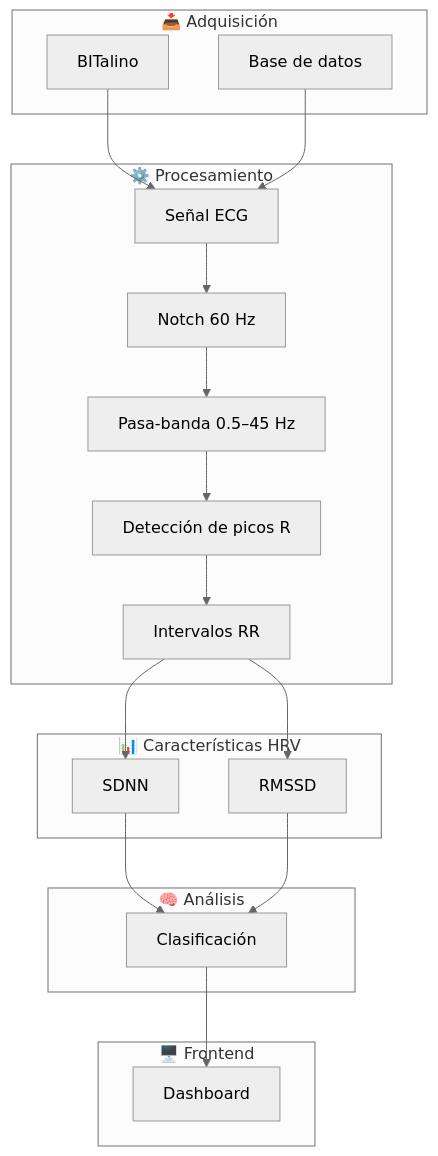
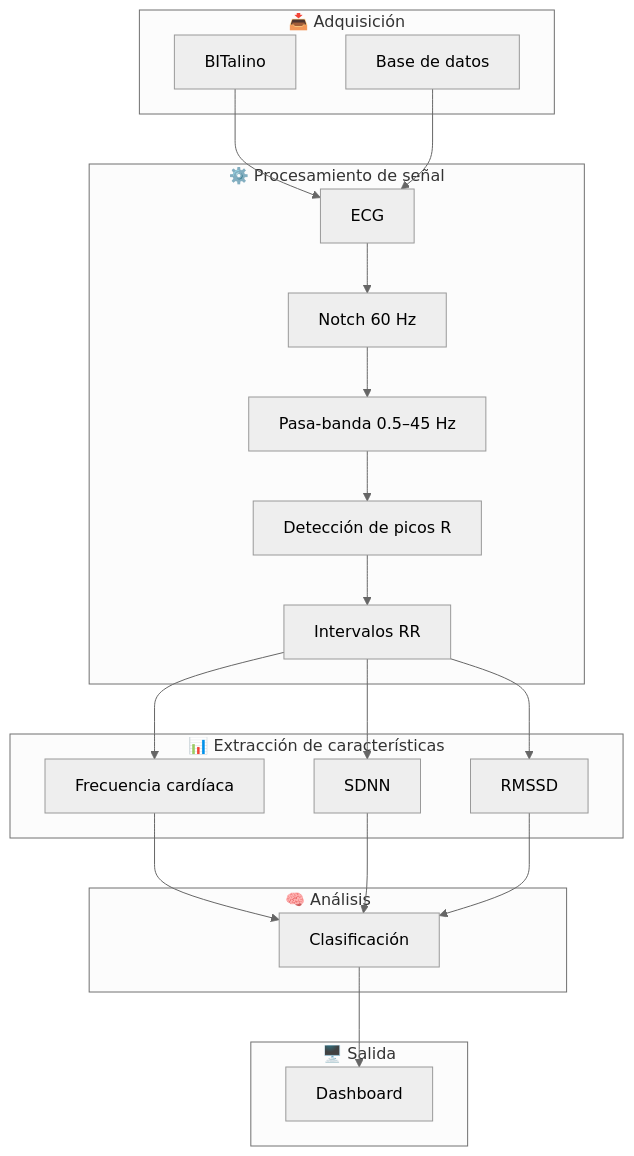
One commit to aylee1703/GRUPO5-ISB-2026-II changed the sixth of 7 diagrams in Laboratorios/Lab_5/Proyecto.md. Above: the diagram before and after it, drawn with Mermaid (neutral theme). The commit also changed other lines of this file, not shown here.

````diff
--- a/Laboratorios/Lab_5/Proyecto.md
+++ b/Laboratorios/Lab_5/Proyecto.md
@@ -311,45 +318,48 @@
 ```mermaid
 flowchart TB
 
     subgraph INPUT["📥 Adquisición"]
         A[BITalino]
         B[Base de datos]
     end
 
-    subgraph PROCESSING["⚙️ Procesamiento"]
-        C[Señal ECG]
+    subgraph PROCESSING["⚙️ Procesamiento de señal"]
+        C[ECG]
         D[Notch 60 Hz]
         E[Pasa-banda 0.5–45 Hz]
         F[Detección de picos R]
         G[Intervalos RR]
     end
 
-    subgraph FEATURES["📊 Características HRV"]
-        H[SDNN]
-        I[RMSSD]
+    subgraph FEATURES["📊 Extracción de características"]
+        H[Frecuencia cardíaca]
+        I[SDNN]
+        J[RMSSD]
     end
 
     subgraph ANALYSIS["🧠 Análisis"]
-        J[Clasificación]
+        K[Clasificación]
     end
 
-    subgraph OUTPUT["🖥️ Frontend"]
-        K[Dashboard]
+    subgraph OUTPUT["🖥️ Salida"]
+        L[Dashboard]
     end
 
     A --> C
     B --> C
 
     C --> D
     D --> E
     E --> F
     F --> G
 
     G --> H
     G --> I
+    G --> J
 
-    H --> J
-    I --> J
+    H --> K
+    I --> K
+    J --> K
 
-    J --> K
+    K --> L
 ```
````
